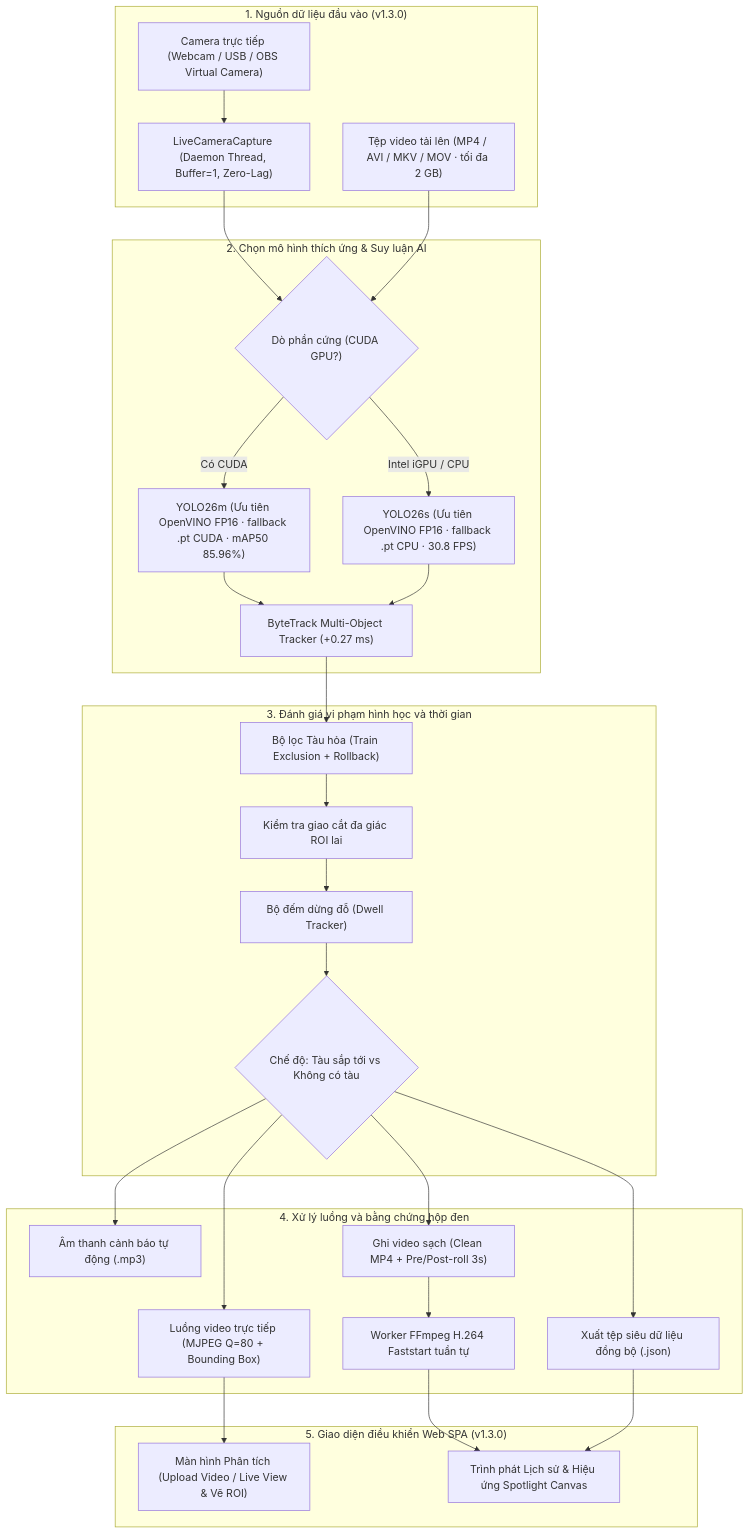
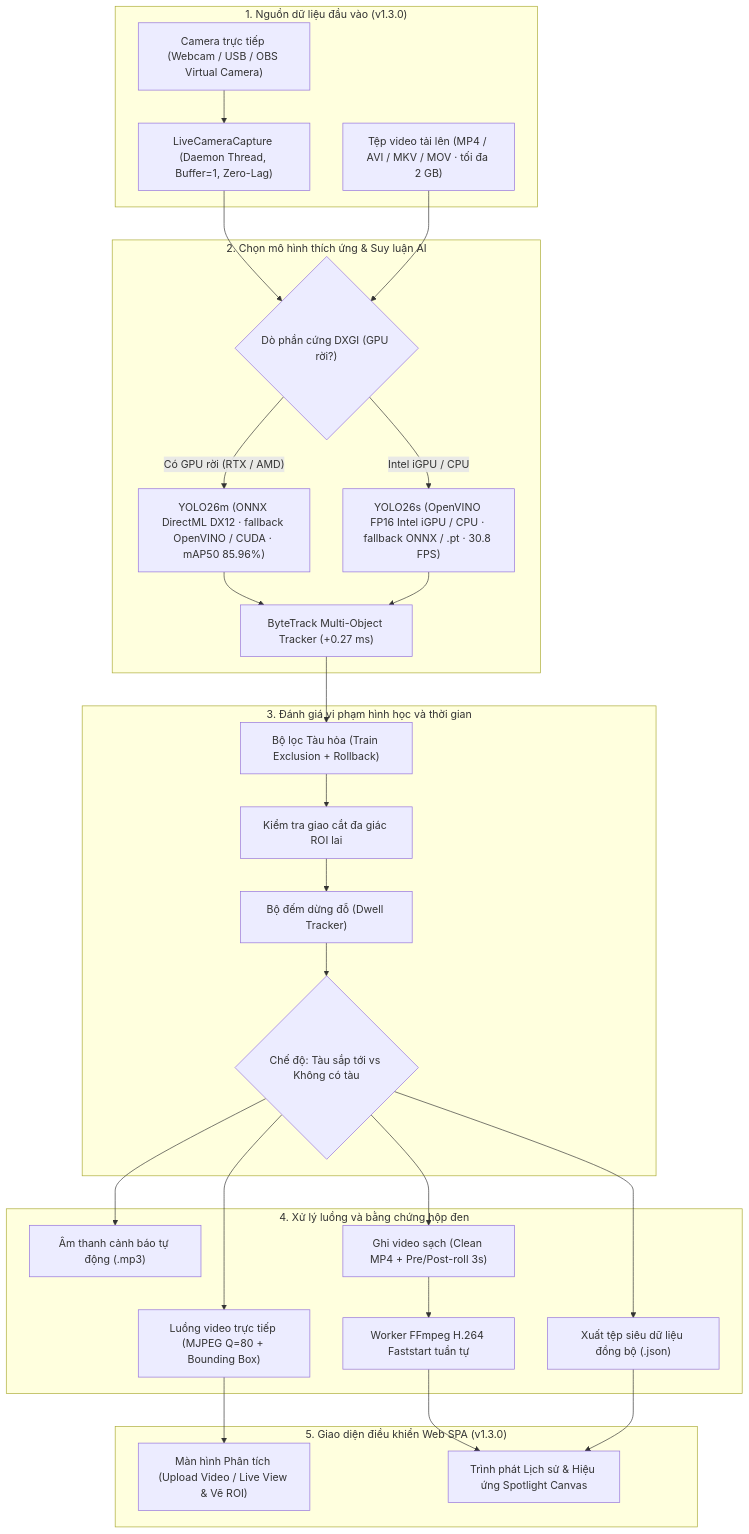
The diagram in README.md (LamTDHE186036/Application-of-Computer-Vision-in-Railway-Safety-Surveillance-and-Intrusion-Detection), drawn with Mermaid before and after one commit. The commit also changed other lines of this file and 7 other files, not shown here.

Commit message:
feat(packaging): add ONNX DirectML GPU acceleration alongside OpenVINO for compact single-EXE v1.3.0

````diff
--- a/README.md
+++ b/README.md
@@ -91,45 +91,45 @@
 ```mermaid
 flowchart TD
     subgraph INPUT ["1. Nguồn dữ liệu đầu vào (v1.3.0)"]
         CAM["Camera trực tiếp (Webcam / USB / OBS Virtual Camera)"]
         FILE["Tệp video tải lên (MP4 / AVI / MKV / MOV · tối đa 2 GB)"]
         CAP["LiveCameraCapture (Daemon Thread, Buffer=1, Zero-Lag)"]
     end
 
     subgraph INFERENCE ["2. Chọn mô hình thích ứng & Suy luận AI"]
-        HW{"Dò phần cứng (CUDA GPU?)"}
-        M26["YOLO26m (Ưu tiên OpenVINO FP16 · fallback .pt CUDA · mAP50 85.96%)"]
-        S26["YOLO26s (Ưu tiên OpenVINO FP16 · fallback .pt CPU · 30.8 FPS)"]
+        HW{"Dò phần cứng DXGI (GPU rời?)"}
+        M26["YOLO26m (ONNX DirectML DX12 · fallback OpenVINO / CUDA · mAP50 85.96%)"]
+        S26["YOLO26s (OpenVINO FP16 Intel iGPU / CPU · fallback ONNX / .pt · 30.8 FPS)"]
         BT["ByteTrack Multi-Object Tracker (+0.27 ms)"]
     end
 
     subgraph EVALUATION ["3. Đánh giá vi phạm hình học và thời gian"]
         TF["Bộ lọc Tàu hỏa (Train Exclusion + Rollback)"]
         ROI["Kiểm tra giao cắt đa giác ROI lai"]
         DWELL["Bộ đếm dừng đỗ (Dwell Tracker)"]
         MODE{"Chế độ: Tàu sắp tới vs Không có tàu"}
     end
 
     subgraph OUTPUT ["4. Xử lý luồng và bằng chứng hộp đen"]
         STREAM["Luồng video trực tiếp (MJPEG Q=80 + Bounding Box)"]
         AUDIO["Âm thanh cảnh báo tự động (.mp3)"]
         REC["Ghi video sạch (Clean MP4 + Pre/Post-roll 3s)"]
         META["Xuất tệp siêu dữ liệu đồng bộ (.json)"]
         FFMPEG["Worker FFmpeg H.264 Faststart tuần tự"]
     end
 
     subgraph DASHBOARD ["5. Giao diện điều khiển Web SPA (v1.3.0)"]
         LIVE_VIEW["Màn hình Phân tích (Upload Video / Live View & Vẽ ROI)"]
         HIST_VIEW["Trình phát Lịch sử & Hiệu ứng Spotlight Canvas"]
     end
 
     CAM --> CAP --> HW
     FILE --> HW
-    HW -- "Có CUDA" --> M26 --> BT
+    HW -- "Có GPU rời (RTX / AMD)" --> M26 --> BT
     HW -- "Intel iGPU / CPU" --> S26 --> BT
     BT --> TF --> ROI --> DWELL --> MODE
     MODE --> STREAM --> LIVE_VIEW
     MODE --> AUDIO
     MODE --> REC --> FFMPEG --> HIST_VIEW
     MODE --> META --> HIST_VIEW
 ```
````
